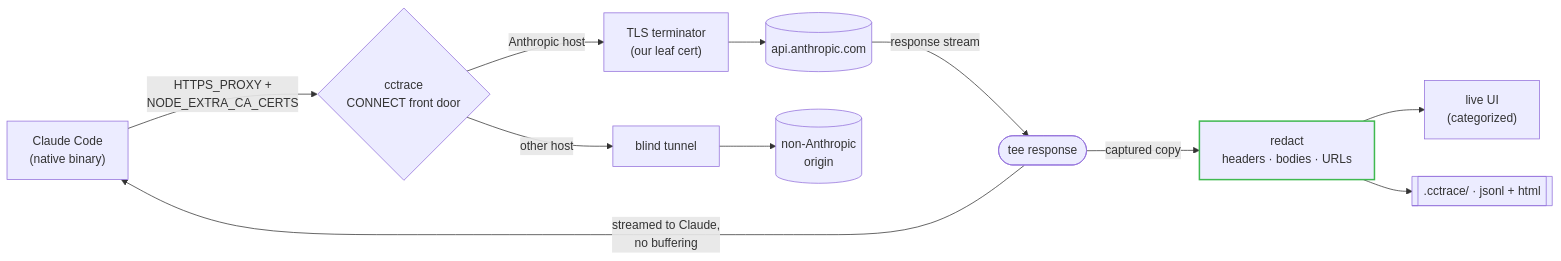
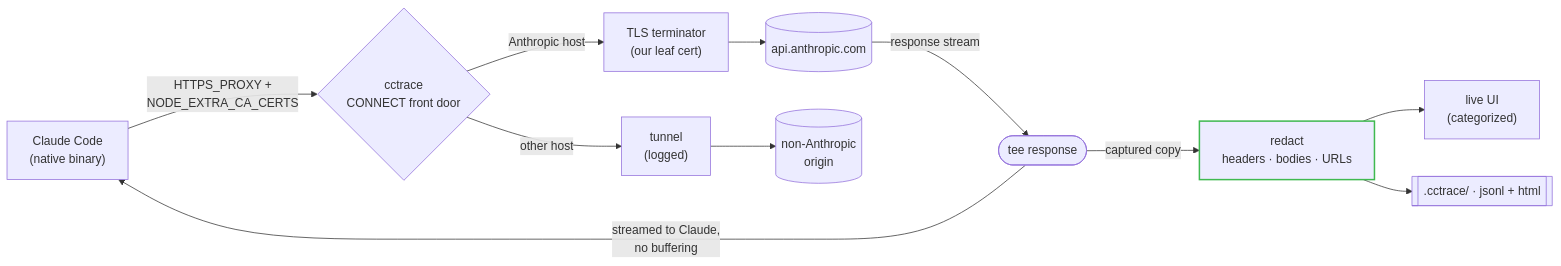
The diagram in README.md (thevibeworks/cctrace), drawn with Mermaid before and after one commit. The commit also changed other lines of this file and 5 other files, not shown here.

````diff
--- a/README.md
+++ b/README.md
@@ -183,27 +193,27 @@
 ```mermaid
 flowchart LR
     CC["Claude Code<br/>(native binary)"]
     FD{"cctrace<br/>CONNECT front door"}
     TLS["TLS terminator<br/>(our leaf cert)"]
-    BT["blind tunnel"]
+    BT["tunnel<br/>(logged)"]
     API[("api.anthropic.com")]
     ORI[("non-Anthropic<br/>origin")]
     TEE(["tee response"])
     RD["redact<br/>headers · bodies · URLs"]
     UI["live UI<br/>(categorized)"]
     OUT[[".cctrace/ · jsonl + html"]]
 
     CC -- "HTTPS_PROXY +<br/>NODE_EXTRA_CA_CERTS" --> FD
     FD -- "Anthropic host" --> TLS
     FD -- "other host" --> BT
     TLS --> API
     BT --> ORI
     API -- "response stream" --> TEE
     TEE -- "streamed to Claude,<br/>no buffering" --> CC
     TEE -- "captured copy" --> RD
     RD --> UI
     RD --> OUT
 
     classDef accent stroke:#3fb950,stroke-width:2px;
     class RD accent
 ```
````
